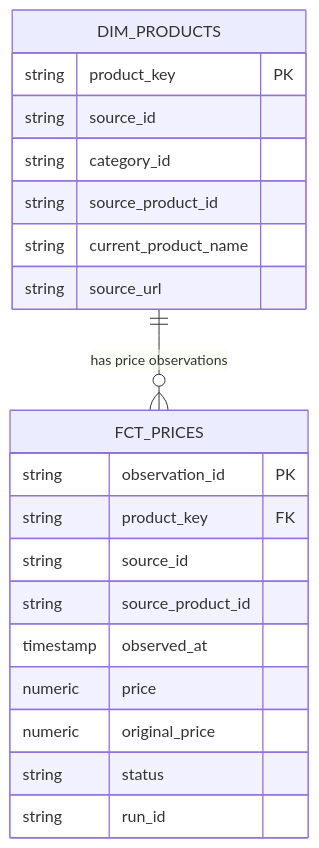
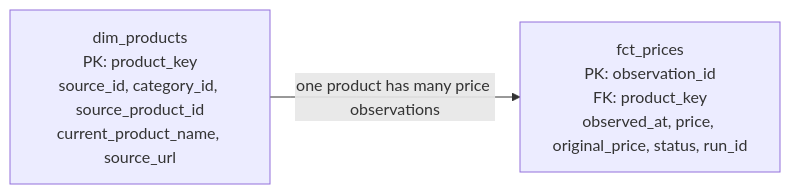
Before and after one commit to alvin-agustio/retail-price-intelligence-pipeline: the third of 3 diagrams in README.md, drawn with Mermaid.

Commit message:
fix readme diagram

````diff
--- a/README.md
+++ b/README.md
@@ -85,25 +85,7 @@
 ```mermaid
-erDiagram
-    DIM_PRODUCTS ||--o{ FCT_PRICES : "has price observations"
+flowchart LR
+    D["dim_products<br/>PK: product_key<br/>source_id, category_id, source_product_id<br/>current_product_name, source_url"]
+    F["fct_prices<br/>PK: observation_id<br/>FK: product_key<br/>observed_at, price, original_price, status, run_id"]
 
-    DIM_PRODUCTS {
-        string product_key PK
-        string source_id
-        string category_id
-        string source_product_id
-        string current_product_name
-        string source_url
-    }
-
-    FCT_PRICES {
-        string observation_id PK
-        string product_key FK
-        string source_id
-        string source_product_id
-        timestamp observed_at
-        numeric price
-        numeric original_price
-        string status
-        string run_id
-    }
+    D -->|"one product has many price observations"| F
 ```
````
